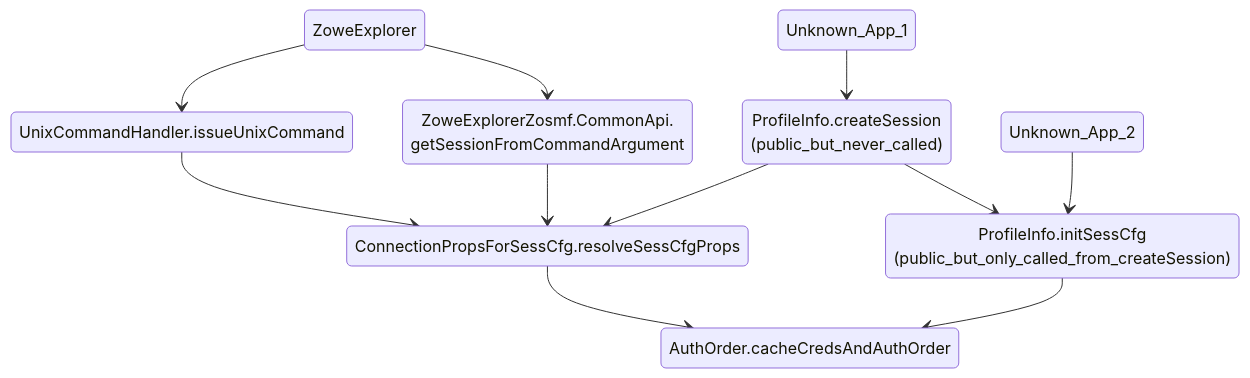
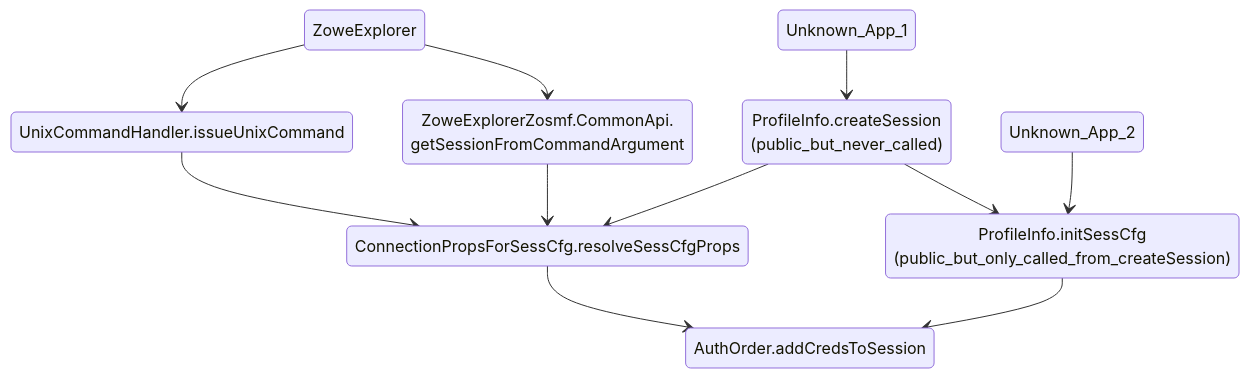
One commit to zowe/zowe-cli changed the second of 2 diagrams in docs/Design_for_selecting_auth_type.md. Above: the diagram before and after it, drawn with Mermaid. The commit also changed other lines of this file and 13 other files, not shown here.

Commit message:
Create function addCredsToSession

````diff
--- a/docs/Design_for_selecting_auth_type.md
+++ b/docs/Design_for_selecting_auth_type.md
@@ -291,23 +295,23 @@
 ```mermaid
 stateDiagram-v2
 
     ZoweExplorer --> UnixCommandHandler.issueUnixCommand
 
     ZoweExplorer --> ZoweExplorerZosmf.CommonApi.<br/>getSessionFromCommandArgument
 
     ZoweExplorerZosmf.CommonApi.<br/>getSessionFromCommandArgument --> ConnectionPropsForSessCfg.resolveSessCfgProps
 
     UnixCommandHandler.issueUnixCommand --> ConnectionPropsForSessCfg.resolveSessCfgProps
 
     Unknown_App_1 --> ProfileInfo.createSession<br/>(public_but_never_called)
 
     ProfileInfo.createSession<br/>(public_but_never_called) --> ConnectionPropsForSessCfg.resolveSessCfgProps
 
     ProfileInfo.createSession<br/>(public_but_never_called) --> ProfileInfo.initSessCfg<br/>(public_but_only_called_from_createSession)
 
     Unknown_App_2 --> ProfileInfo.initSessCfg<br/>(public_but_only_called_from_createSession)
 
-    ProfileInfo.initSessCfg<br/>(public_but_only_called_from_createSession) --> AuthOrder.cacheCredsAndAuthOrder
+    ProfileInfo.initSessCfg<br/>(public_but_only_called_from_createSession) --> AuthOrder.addCredsToSession
 
-    ConnectionPropsForSessCfg.resolveSessCfgProps --> AuthOrder.cacheCredsAndAuthOrder
+    ConnectionPropsForSessCfg.resolveSessCfgProps --> AuthOrder.addCredsToSession
 ```
````
